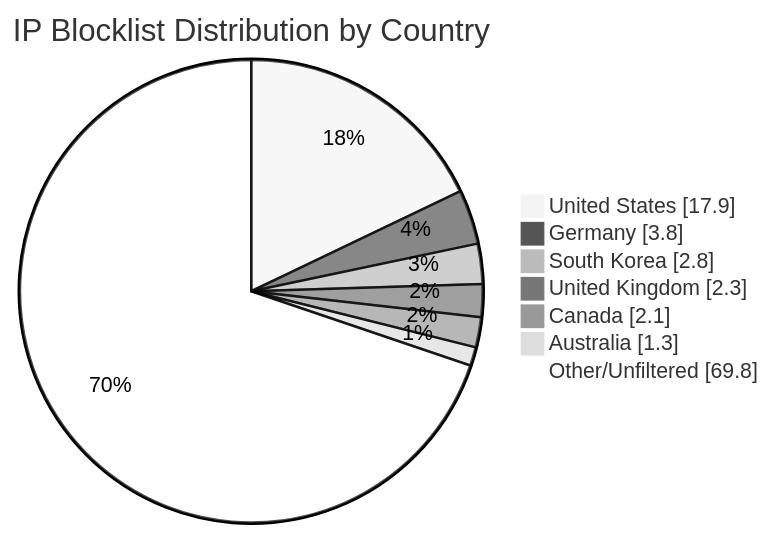
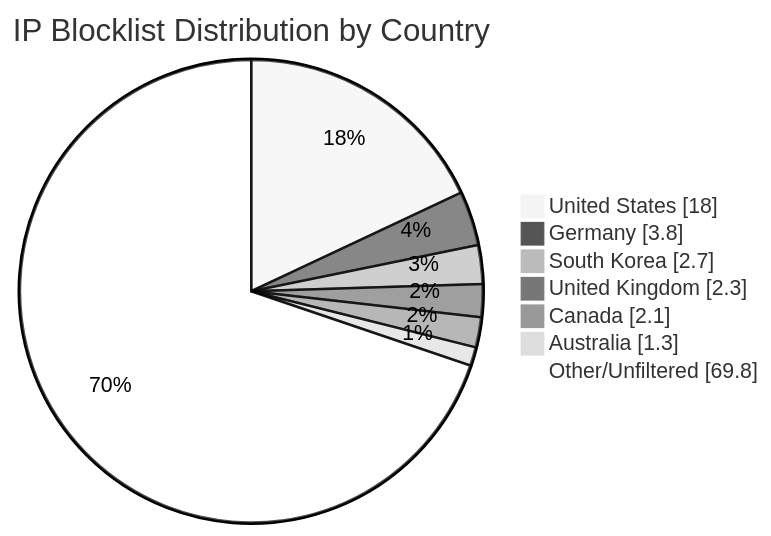
Before and after one commit to MarcusHoltz/ipblocklist-geofiltered-aggregator: the diagram in README.md, drawn with Mermaid (neutral theme). The commit also changed other lines of this file and 9 other files, not shown here.

````diff
--- a/README.md
+++ b/README.md
@@ -34,10 +34,10 @@
 ```mermaid
 pie showData title IP Blocklist Distribution by Country
-"United States" : 17.9
+"United States" : 18.0
 "Germany" : 3.8
-"South Korea" : 2.8
+"South Korea" : 2.7
 "United Kingdom" : 2.3
 "Canada" : 2.1
 "Australia" : 1.3
 "Other/Unfiltered" : 69.8
 ```
````
